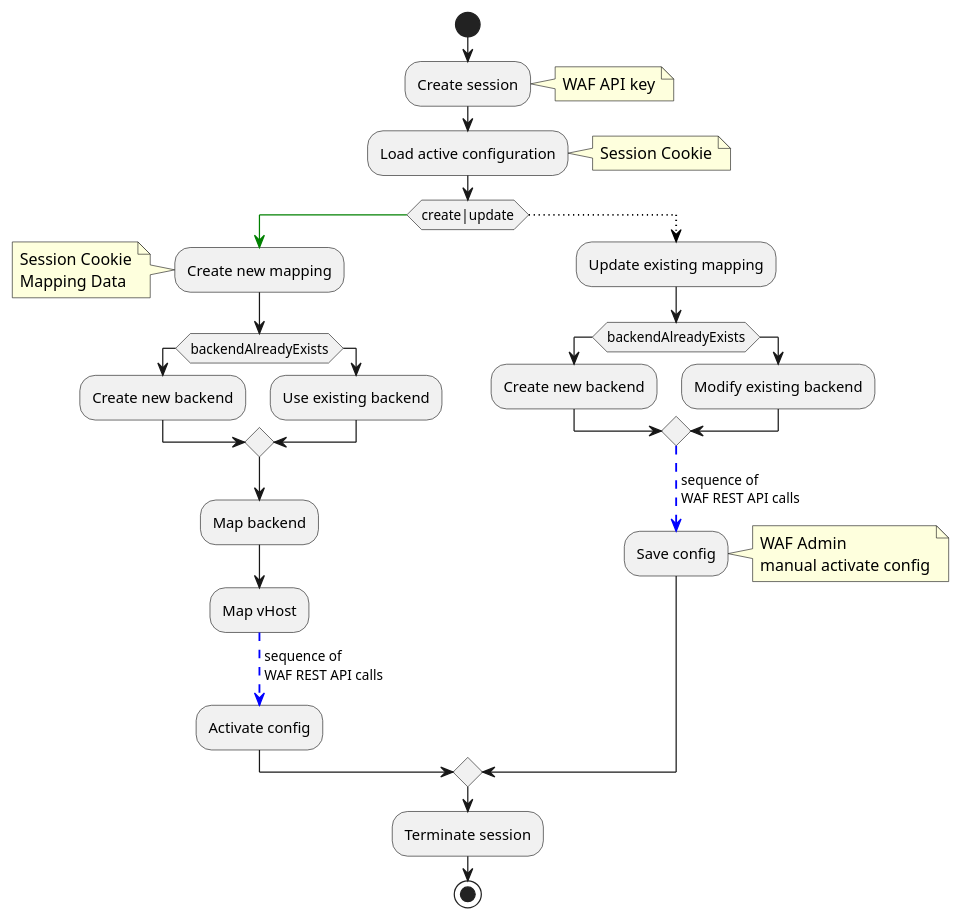
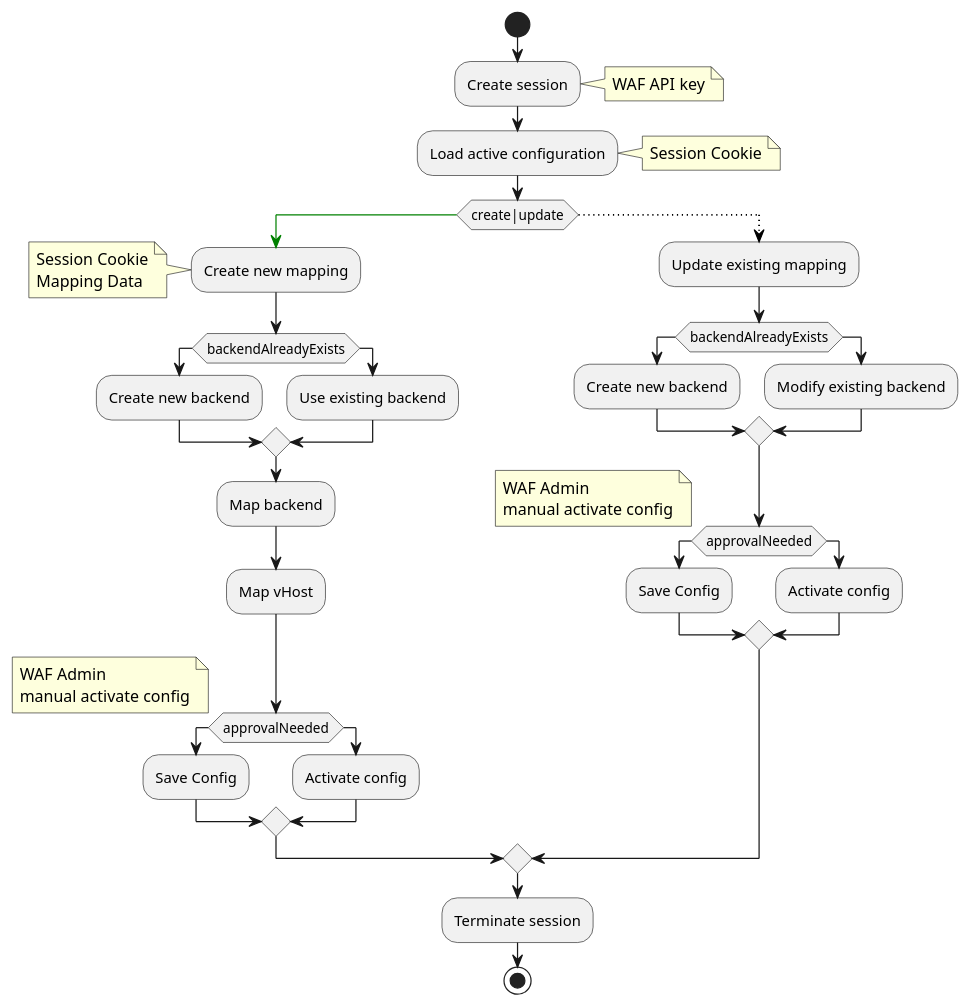
Before and after one commit to baloise-incubator/openshift-operator-airlock-waf: the diagram in workflow.puml, drawn with PlantUML.

Commit message:
Update workflow.puml
Update Flow

```diff
--- a/workflow.puml
+++ b/workflow.puml
@@ -1,50 +1,58 @@
 @startuml
 /'
 Edit e.g. via http://www.plantuml.com/plantuml/uml/
 Learning resources e.g. https://crashedmind.github.io/PlantUMLHitchhikersGuide/
 '/
 start
 :Create session;
 note right
   WAF API key
 end note
 :Load active configuration;
 note right
   Session Cookie
 end note
 if (create|update) then
   -[#green]->
   :Create new mapping;
   note left
     Session Cookie
     Mapping Data
   end note
   if (backendAlreadyExists) then
     :Create new backend;
   else
     :Use existing backend;
   endif
   :Map backend;
   :Map vHost;
-  -[#blue,dashed]-> sequence of
-  WAF REST API calls;
-  :Activate config;
+  if (approvalNeeded) then
+	:Save Config;
+  else
+	:Activate config;
+  endif
+    note left
+    WAF Admin 
+    manual activate config
+  end note
 else
   -[#black,dotted]->
   :Update existing mapping;
   if (backendAlreadyExists) then
     :Create new backend;
   else
     :Modify existing backend;
   endif
-  -[#blue,dashed]-> sequence of
-  WAF REST API calls;
-  :Save config;
-  note right
-    WAF Admin
+  if (approvalNeeded) then
+	:Save Config;
+  else
+	:Activate config;
+  endif
+  note left
+    WAF Admin 
     manual activate config
   end note
 endif
 :Terminate session;
 stop
 @enduml
```
